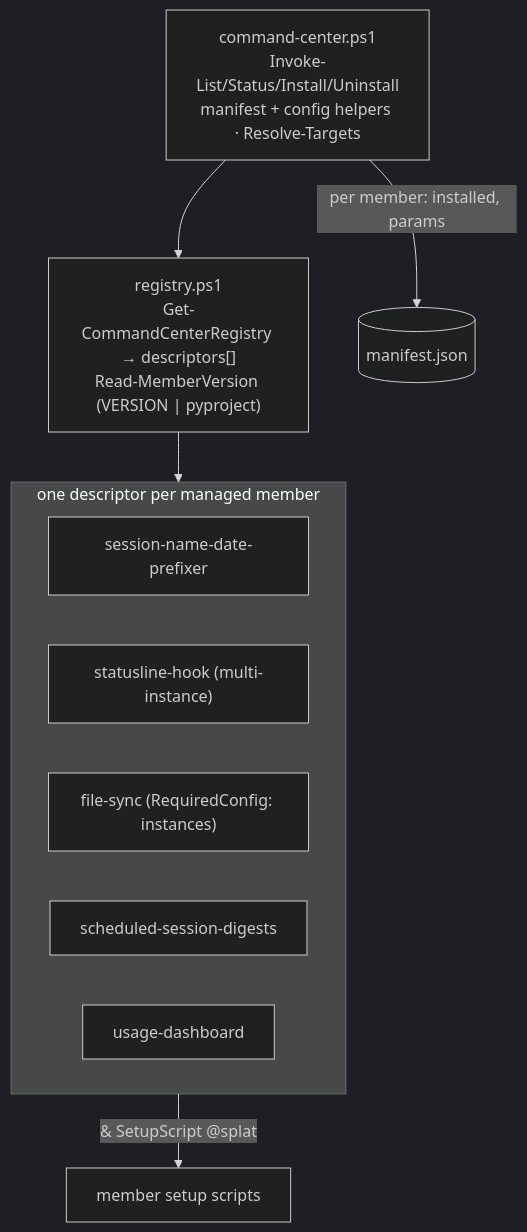
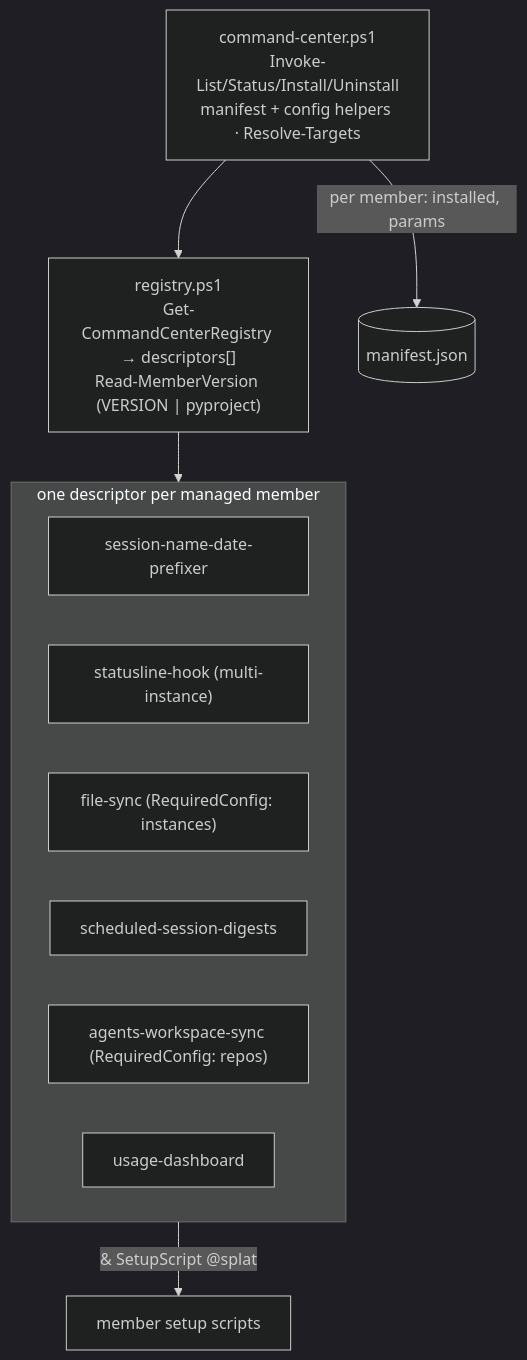
One commit to cheneeheng/claude-code-command-center changed the second of 4 diagrams in setup/product/ARCHITECTURE.md. Above: the diagram before and after it, drawn with Mermaid (dark theme). The commit also changed 3 other files, not shown here.

First line of the commit message:
docs(setup): cover agents-workspace-sync and usage-dashboard

````diff
--- a/setup/product/ARCHITECTURE.md
+++ b/setup/product/ARCHITECTURE.md
@@ -29,15 +29,16 @@
 ```mermaid
 flowchart TD
     cli["command-center.ps1<br/>Invoke-List/Status/Install/Uninstall<br/>manifest + config helpers · Resolve-Targets"]
     registry["registry.ps1<br/>Get-CommandCenterRegistry → descriptors[]<br/>Read-MemberVersion (VERSION | pyproject)"]
     subgraph descriptors["one descriptor per managed member"]
         d1["session-name-date-prefixer"]
         d2["statusline-hook (multi-instance)"]
         d3["file-sync (RequiredConfig: instances)"]
         d4["scheduled-session-digests"]
-        d5["usage-dashboard"]
+        d5["agents-workspace-sync (RequiredConfig: repos)"]
+        d6["usage-dashboard"]
     end
     cli --> registry --> descriptors
     descriptors -->|"& SetupScript @splat"| member["member setup scripts"]
     cli -->|"per member: installed, params"| manifest[("manifest.json")]
 ```
````
